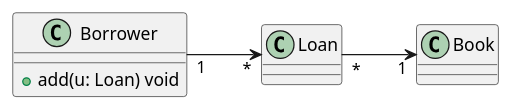
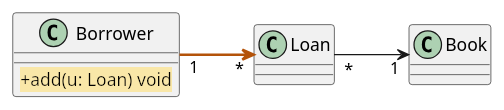
The sixth of 23 diagrams in app/check-design/_sections/common-mistakes-before-and-after.mdx (HAN-Craftsmanship-KL-JJG/oose-study), drawn with PlantUML before and after one commit. The commit also changed other lines of this file and 37 other files, not shown here.

````diff
--- a/app/check-design/_sections/common-mistakes-before-and-after.mdx
+++ b/app/check-design/_sections/common-mistakes-before-and-after.mdx
@@ -69,9 +69,9 @@
 ```plantuml
     left to right direction
     class Borrower {
-        +add(u: Loan) void
+        <back:#F9E7A8>+add(u: Loan) void</back>
     }
     class Loan
-    Borrower "1" --> "*" Loan
+    Borrower "1" -[#B45309,bold]-> "*" Loan
     Loan "*" --> "1" Book
 ```
````
